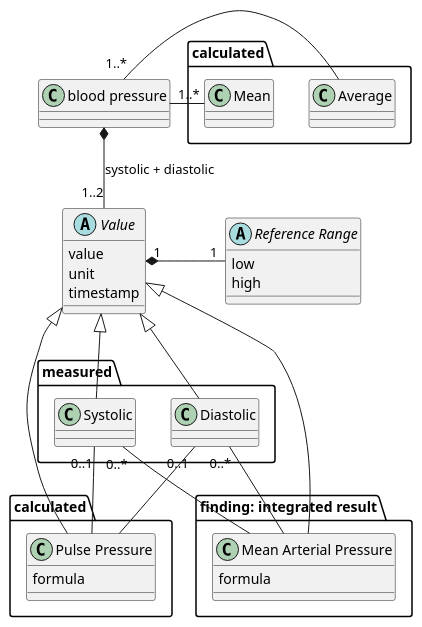
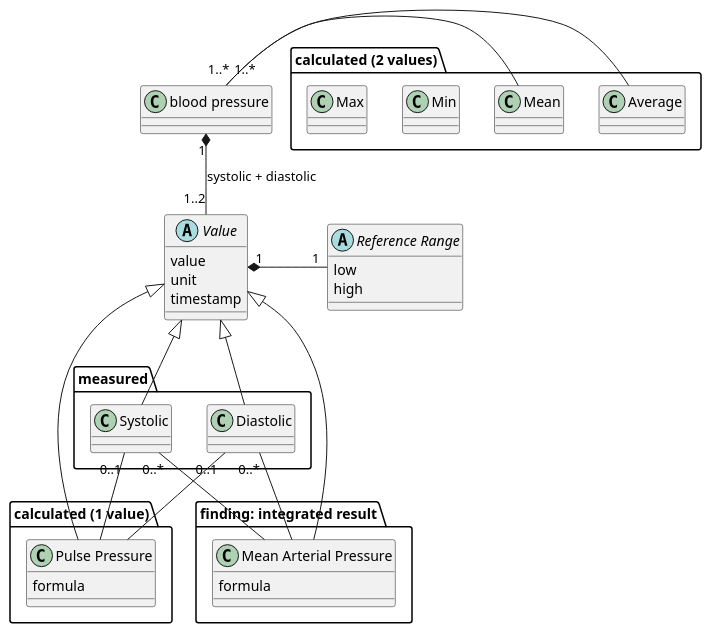
One commit to frankoemig/bloodpressure changed the diagram in input/images-source/calculation_model.plantuml. Above: the diagram before and after it, drawn with PlantUML. The commit also changed 6 other files, not shown here.

```diff
--- a/input/images-source/calculation_model.plantuml
+++ b/input/images-source/calculation_model.plantuml
@@ -1,70 +1,68 @@
 @startuml
 
 
 class "blood pressure" as bp {
 
 }
 
 abstract class "Value" as value {
     value
     unit
     timestamp
 }
 
 abstract class "Reference Range" as range {
     low
     high
 }
 
 value "1" *-right- "1" range :  "             "
 
 package "measured" as measured {
+    class "Systolic" as syst {
+    }
 
-
-class "Systolic" as syst {
+    class "Diastolic" as diast {
+    }
 }
 
-class "Diastolic" as diast {
-}
-}
-
-package "calculated" as calc {
-
+package "calculated (1 value)" as calc1 {
     class "Pulse Pressure" as pulse {
         formula
     }
-
 }
 
-package "calculated" as calc2 {
+package "calculated (2 values)" as calc2 {
     class "Average" as avg
     class "Mean" as mean2
+    class "Min" as min
+    class "Max" as max
 }
 
 package "finding: integrated result" as integrated {
 
 class "Mean Arterial Pressure" as mean {
     formula
 }
 
 
 }
 
-bp *-down- "1..2" value : systolic + diastolic
+bp "1" *-down- "1..2" value : systolic + diastolic
 
 syst "0..1" -- pulse
 diast "0..1" -- pulse
 
 syst "0..*" -- mean
 diast "0..*" -- mean
 
 
 value <|-- syst
 value <|-- diast
 value <|-- pulse
 value <|-- mean
 
 avg -left- "1..*" bp
 mean2 -left- "1..*" bp
 
 @enduml
```
